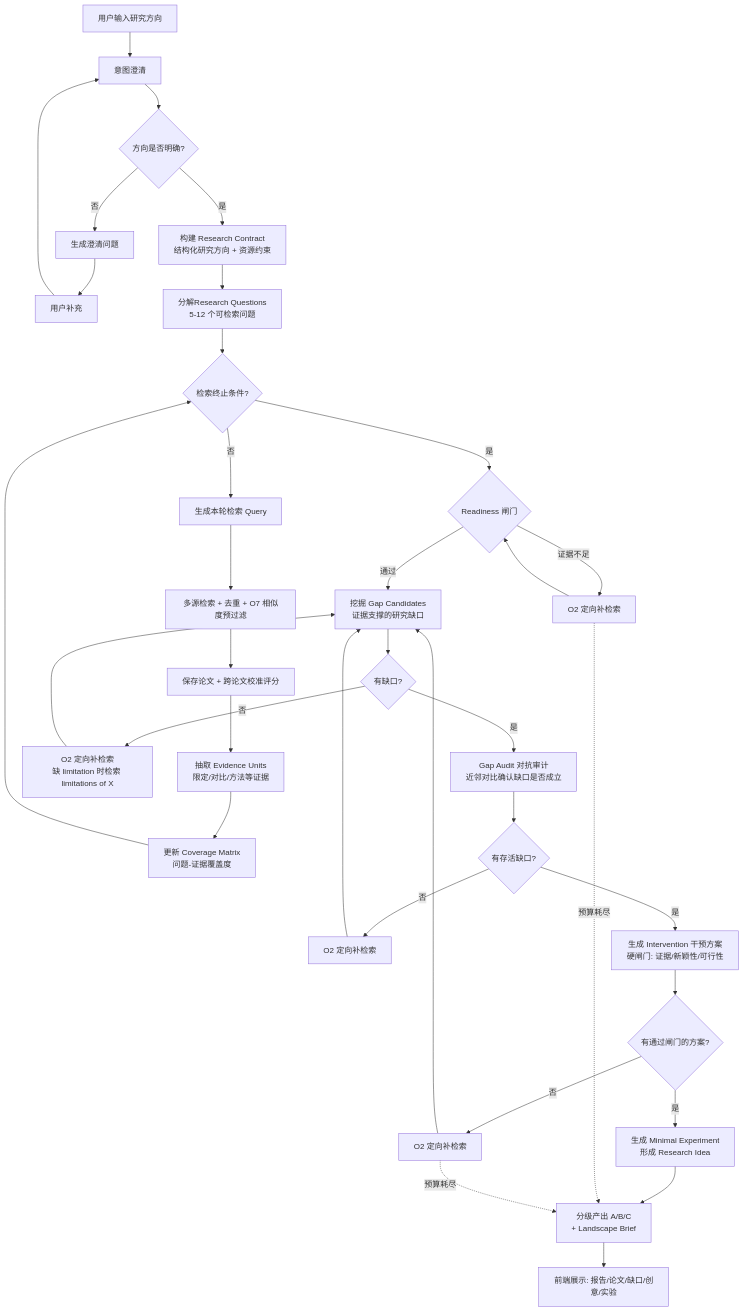
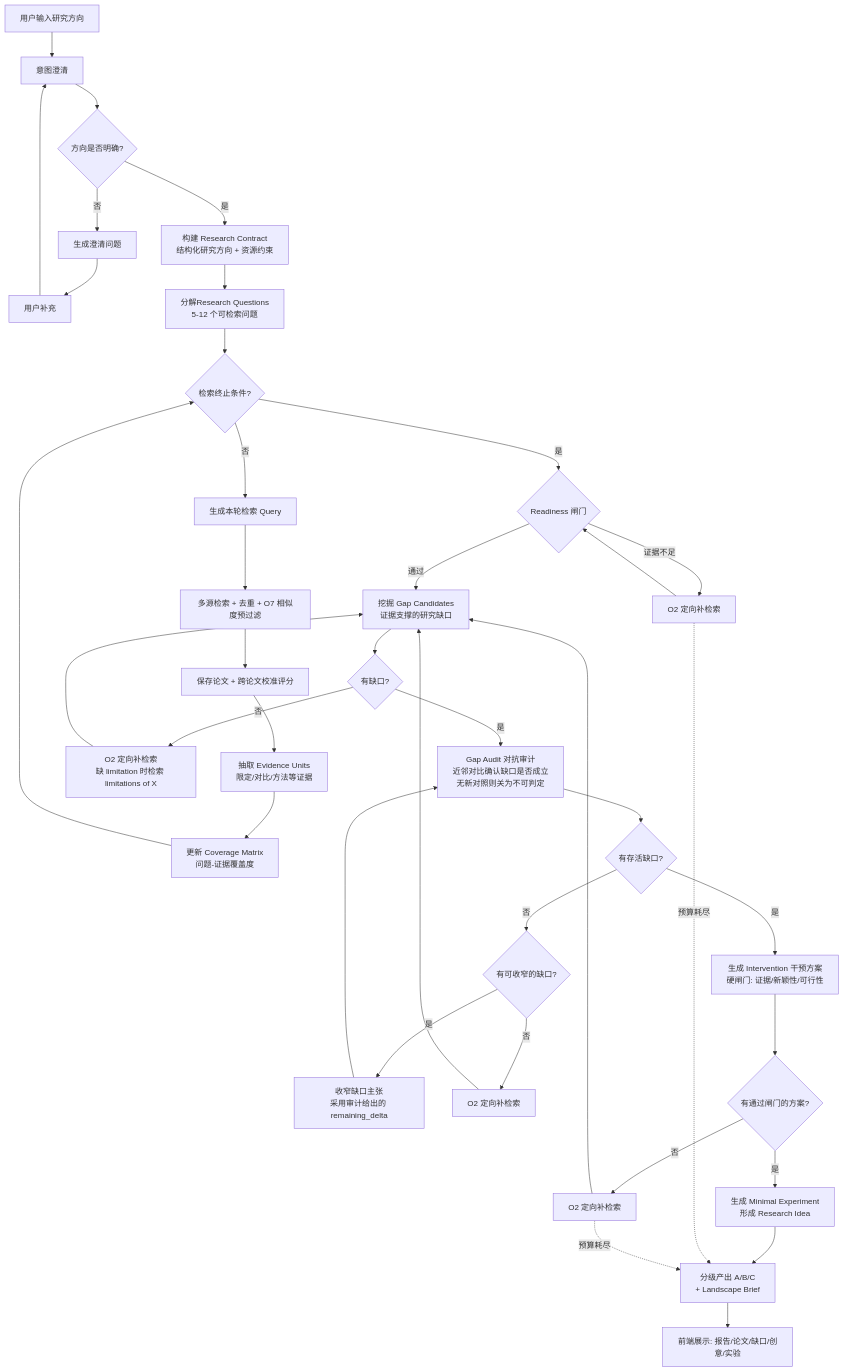
One commit to ShiboZhang-zju/deep-reseach changed the diagram in README.md. Above: the diagram before and after it, drawn with Mermaid. The commit also changed other lines of this file and 1 other file, not shown here.

````diff
--- a/README.md
+++ b/README.md
@@ -9,38 +9,40 @@
 ```mermaid
 flowchart TD
     A[用户输入研究方向] --> B[意图澄清]
     B --> C{方向是否明确?}
     C -- 否 --> D[生成澄清问题] --> E[用户补充] --> B
     C -- 是 --> F[构建 Research Contract<br/>结构化研究方向 + 资源约束]
     F --> G[分解Research Questions<br/>5-12 个可检索问题]
 
     G --> H{检索终止条件?}
     H -- 否 --> I[生成本轮检索 Query]
     I --> J[多源检索 + 去重 + O7 相似度预过滤]
     J --> K[保存论文 + 跨论文校准评分]
     K --> L[抽取 Evidence Units<br/>限定/对比/方法等证据]
     L --> M[更新 Coverage Matrix<br/>问题-证据覆盖度]
     M --> H
 
     H -- 是 --> N{Readiness 闸门}
     N -- 通过 --> O[挖掘 Gap Candidates<br/>证据支撑的研究缺口]
     N -- 证据不足 --> R1[O2 定向补检索] --> N
 
     O --> O1{有缺口?}
     O1 -- 否 --> R2[O2 定向补检索<br/>缺 limitation 时检索 limitations of X] --> O
-    O1 -- 是 --> P[Gap Audit 对抗审计<br/>近邻对比确认缺口是否成立]
+    O1 -- 是 --> P[Gap Audit 对抗审计<br/>近邻对比确认缺口是否成立<br/>无新对照则关为不可判定]
 
     P --> P1{有存活缺口?}
-    P1 -- 否 --> R3[O2 定向补检索] --> O
+    P1 -- 否 --> P2{有可收窄的缺口?}
+    P2 -- 是 --> P3[收窄缺口主张<br/>采用审计给出的 remaining_delta] --> P
+    P2 -- 否 --> R3[O2 定向补检索] --> O
     P1 -- 是 --> Q[生成 Intervention 干预方案<br/>硬闸门: 证据/新颖性/可行性]
 
     Q --> Q1{有通过闸门的方案?}
     Q1 -- 否 --> R4[O2 定向补检索] --> O
     Q1 -- 是 --> S[生成 Minimal Experiment<br/>形成 Research Idea]
 
     S --> T[分级产出 A/B/C<br/>+ Landscape Brief]
     T --> U[前端展示: 报告/论文/缺口/创意/实验]
 
     R1 -.预算耗尽.-> T
     R4 -.预算耗尽.-> T
 ```
````
